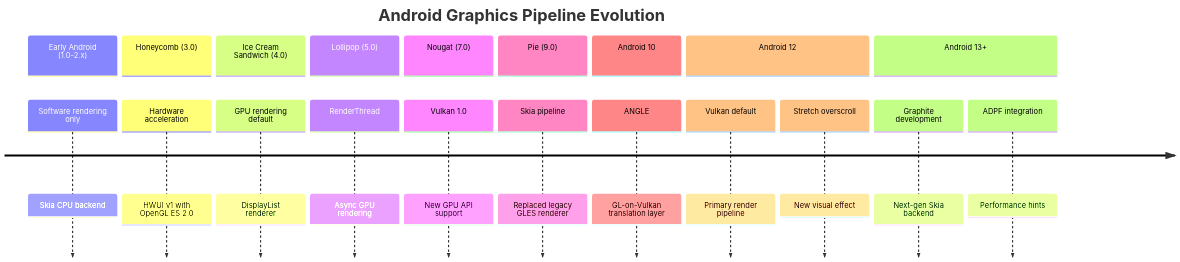
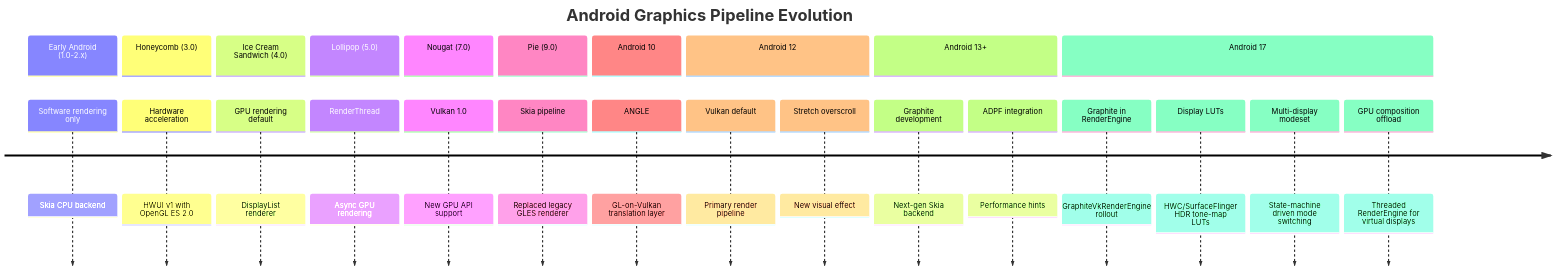
Before and after one commit to aospbooks/aosp-internal-book: diagram 42 of 54 in agents/claude/skills/aosp-native-services-and-media/13-graphics-render-pipeline.md, drawn with Mermaid. The commit also changed other lines of this file and 232 other files, not shown here.

````diff
--- a/agents/claude/skills/aosp-native-services-and-media/13-graphics-render-pipeline.md
+++ b/agents/claude/skills/aosp-native-services-and-media/13-graphics-render-pipeline.md
@@ -3965,24 +4026,29 @@
 ```mermaid
 timeline
     title Android Graphics Pipeline Evolution
     section Early Android (1.0-2.x)
         Software rendering only : Skia CPU backend
     section Honeycomb (3.0)
         Hardware acceleration : HWUI v1 with OpenGL ES 2.0
     section Ice Cream Sandwich (4.0)
         GPU rendering default : DisplayList renderer
     section Lollipop (5.0)
         RenderThread : Async GPU rendering
     section Nougat (7.0)
         Vulkan 1.0 : New GPU API support
     section Pie (9.0)
         Skia pipeline : Replaced legacy GLES renderer
     section Android 10
         ANGLE : GL-on-Vulkan translation layer
     section Android 12
         Vulkan default : Primary render pipeline
         Stretch overscroll : New visual effect
     section Android 13+
         Graphite development : Next-gen Skia backend
         ADPF integration : Performance hints
+    section Android 17
+        Graphite in RenderEngine : GraphiteVkRenderEngine rollout
+        Display LUTs : HWC/SurfaceFlinger HDR tone-map LUTs
+        Multi-display modeset : State-machine driven mode switching
+        GPU composition offload : Threaded RenderEngine for virtual displays
 ```
````
